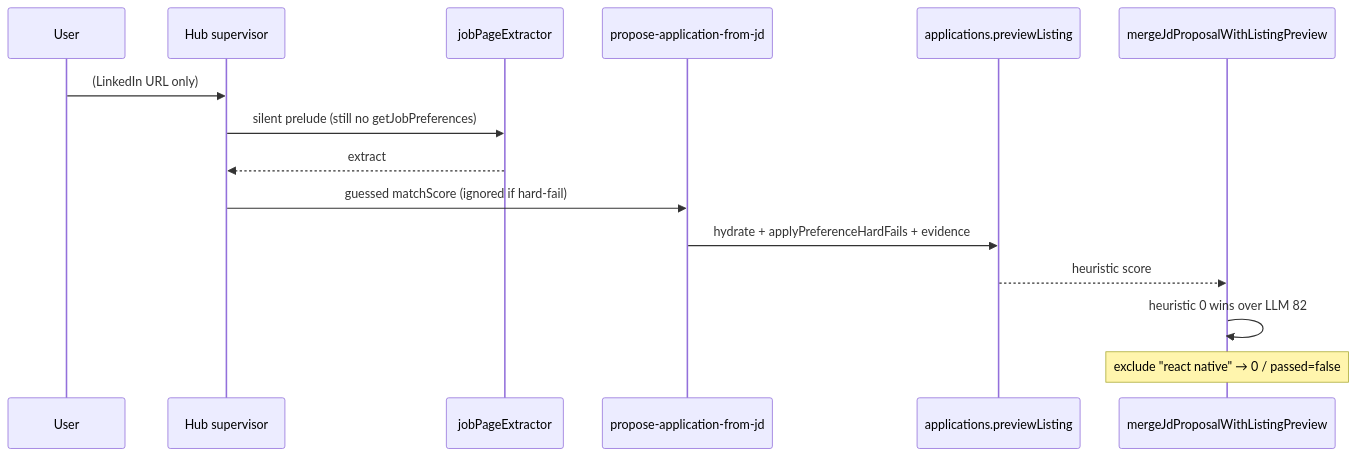
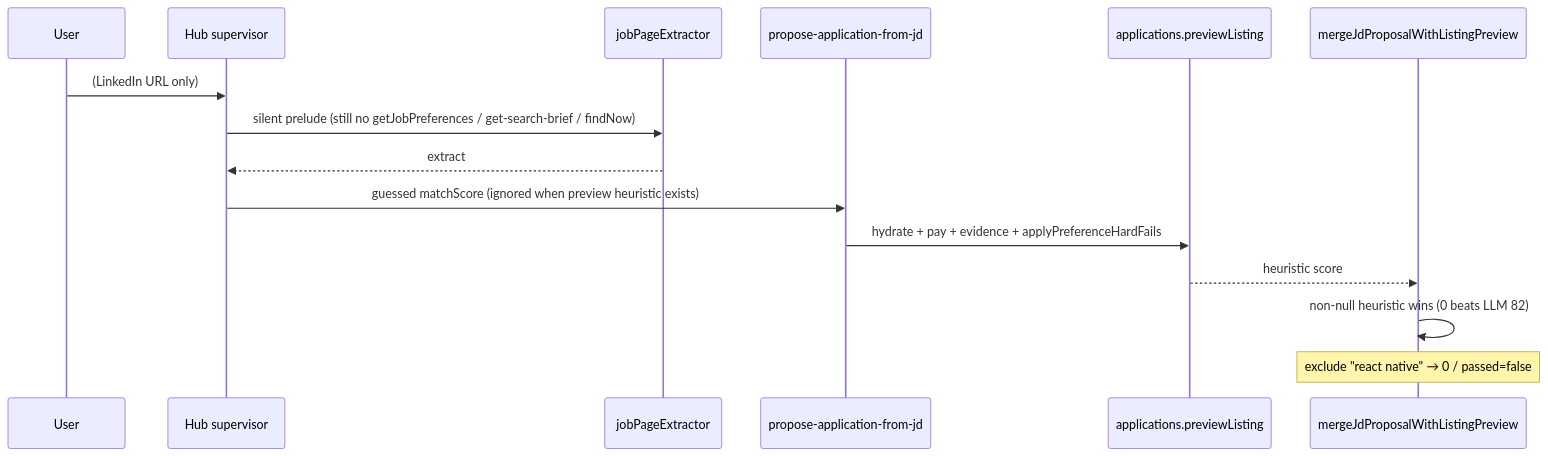
One commit to salahmohsen/devstack changed the third of 3 diagrams in docs/superpowers/specs/2026-08-16-search-brief-hub-operator-design.md. Above: the diagram before and after it, drawn with Mermaid. The commit also changed other lines of this file and 3 other files, not shown here.

First line of the commit message:
fix(harvest): column hard-fails beat mail-harvest LLM pass

````diff
--- a/docs/superpowers/specs/2026-08-16-search-brief-hub-operator-design.md
+++ b/docs/superpowers/specs/2026-08-16-search-brief-hub-operator-design.md
@@ -618,18 +741,18 @@
 ```mermaid
 sequenceDiagram
   participant U as User
   participant H as Hub supervisor
   participant X as jobPageExtractor
   participant P as propose-application-from-jd
   participant Prev as applications.previewListing
   participant Merge as mergeJdProposalWithListingPreview
 
   U->>H: (LinkedIn URL only)
-  H->>X: silent prelude (still no getJobPreferences)
+  H->>X: silent prelude (still no getJobPreferences / get-search-brief / findNow)
   X-->>H: extract
-  H->>P: guessed matchScore (ignored if hard-fail)
-  P->>Prev: hydrate + applyPreferenceHardFails + evidence
+  H->>P: guessed matchScore (ignored when preview heuristic exists)
+  P->>Prev: hydrate + pay + evidence + applyPreferenceHardFails
   Prev-->>Merge: heuristic score
-  Merge->>Merge: heuristic 0 wins over LLM 82
+  Merge->>Merge: non-null heuristic wins (0 beats LLM 82)
   Note over Merge: exclude "react native" → 0 / passed=false
 ```
````
